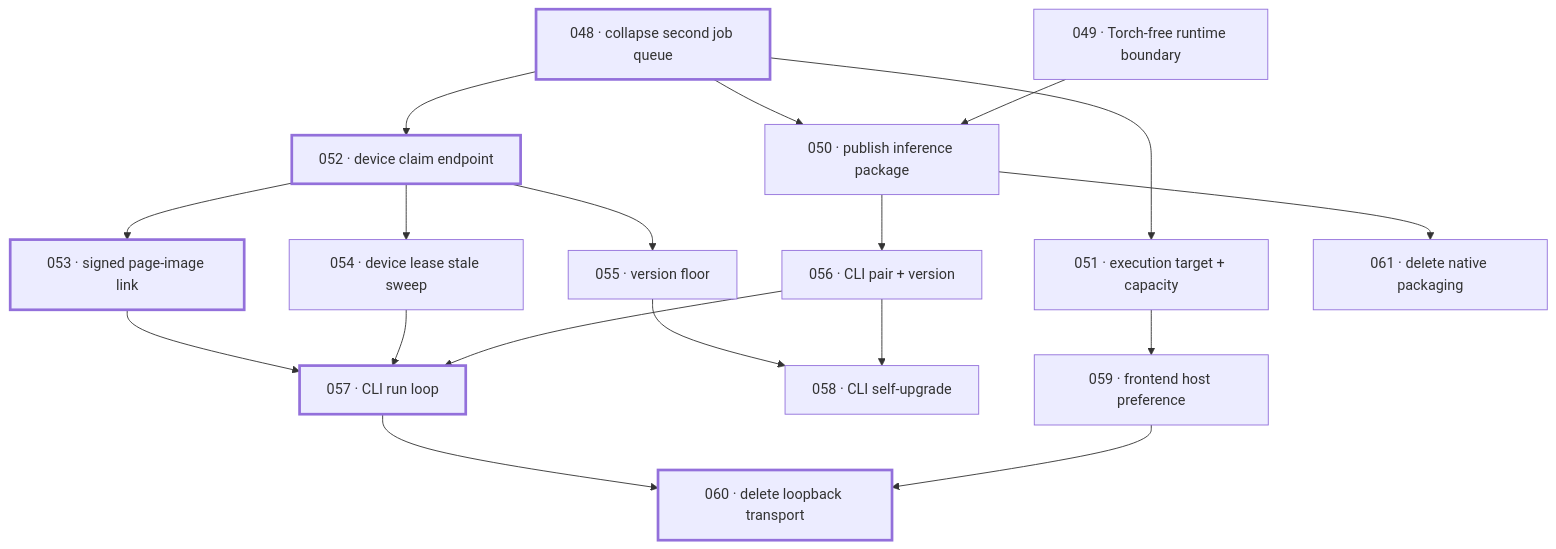
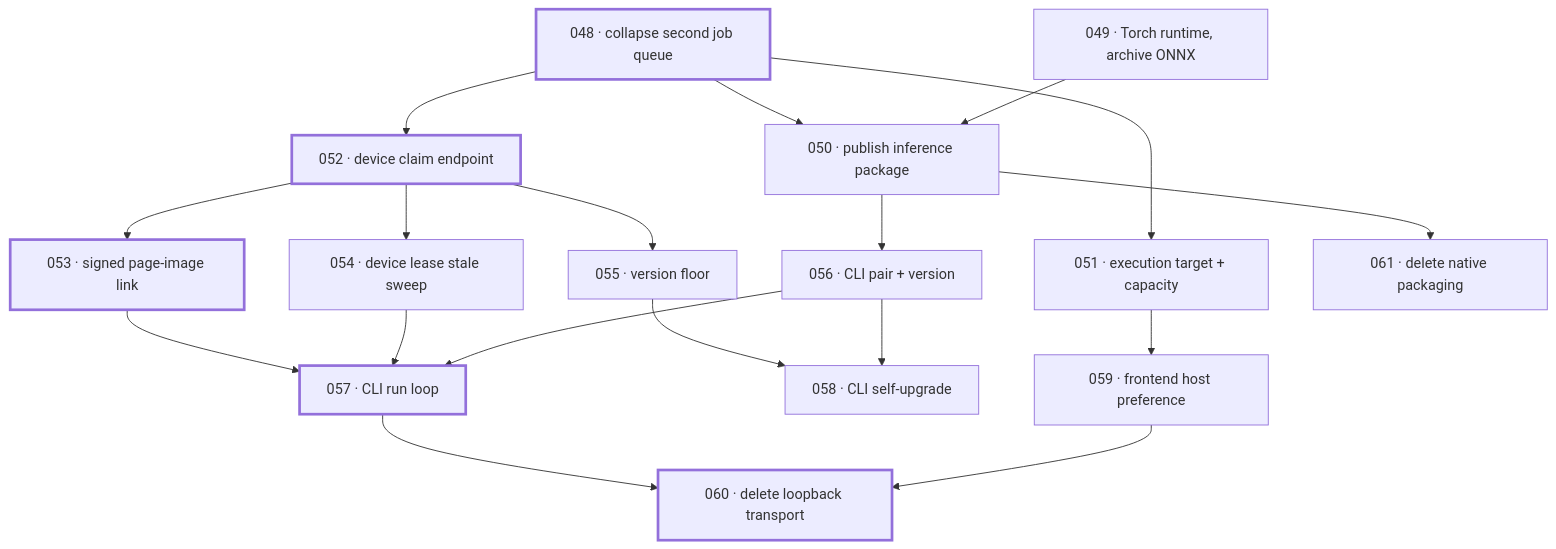
The diagram in issues/dag.md (kkkamur07/greekOCR), drawn with Mermaid before and after one commit. The commit also changed other lines of this file and 35 other files, not shown here.

First line of the commit message:
docs: ADR 0004 — PyTorch is the inference runtime, ONNX archived

````diff
--- a/issues/dag.md
+++ b/issues/dag.md
@@ -49,39 +49,39 @@
 ```mermaid
 flowchart TD
   048["048 · collapse second job queue"]
-  049["049 · Torch-free runtime boundary"]
+  049["049 · Torch runtime, archive ONNX"]
   050["050 · publish inference package"]
   051["051 · execution target + capacity"]
   052["052 · device claim endpoint"]
   053["053 · signed page-image link"]
   054["054 · device lease stale sweep"]
   055["055 · version floor"]
   056["056 · CLI pair + version"]
   057["057 · CLI run loop"]
   058["058 · CLI self-upgrade"]
   059["059 · frontend host preference"]
   060["060 · delete loopback transport"]
   061["061 · delete native packaging"]
 
   048 --> 050
   049 --> 050
   048 --> 051
   048 --> 052
   052 --> 053
   052 --> 054
   052 --> 055
   050 --> 056
   050 --> 061
   053 --> 057
   054 --> 057
   056 --> 057
   055 --> 058
   056 --> 058
   051 --> 059
   057 --> 060
   059 --> 060
 
   classDef hitl stroke-dasharray: 5 5
   classDef critical stroke-width:3px
   class 048,052,053,057,060 critical
 ```
````
